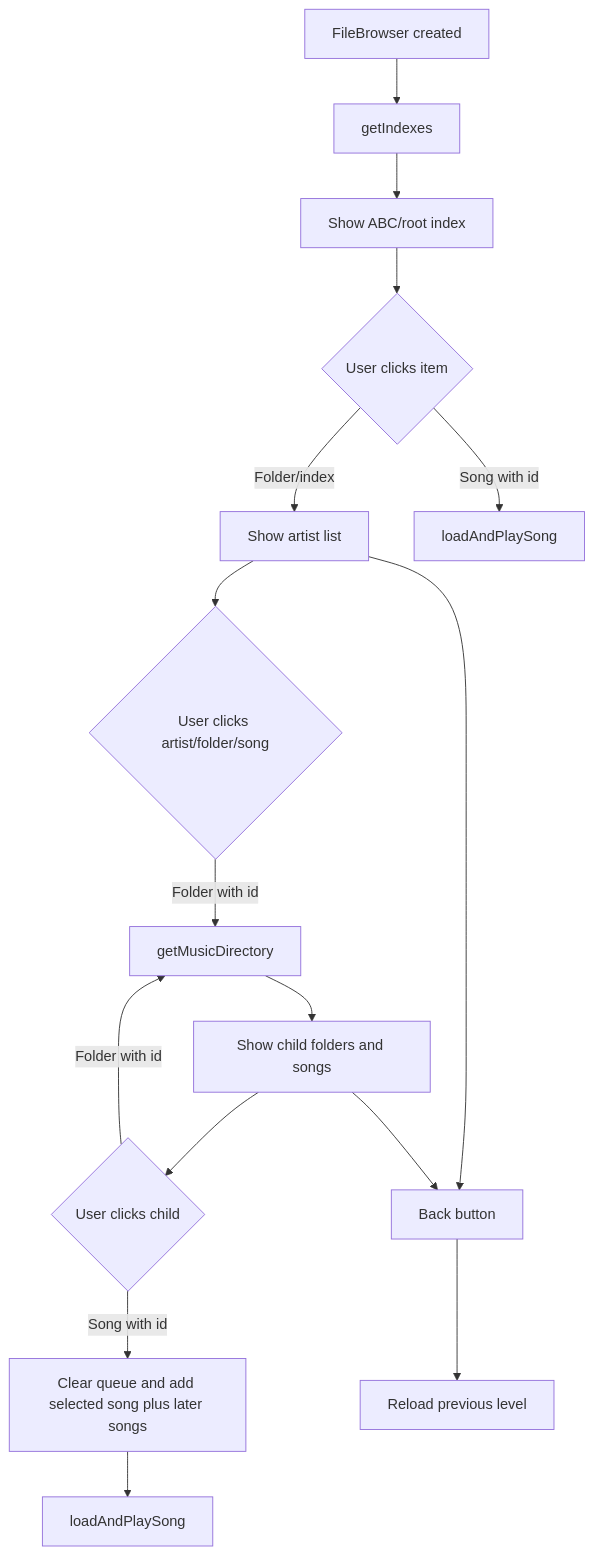
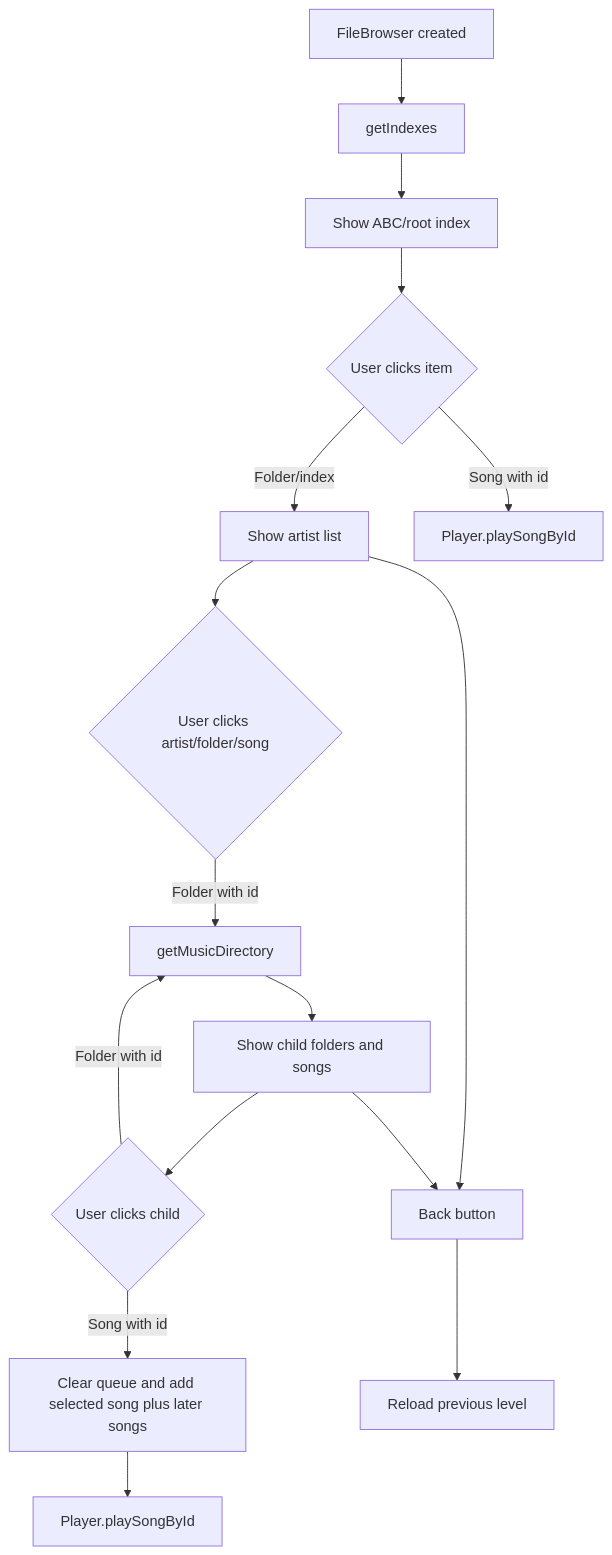
One commit to Leorivasc/neon_deck changed the fourth of 8 diagrams in doc/diagrams.md. Above: the diagram before and after it, drawn with Mermaid. The commit also changed other lines of this file and 2 other files, not shown here.

````diff
--- a/doc/diagrams.md
+++ b/doc/diagrams.md
@@ -82,21 +86,21 @@
 ```mermaid
 flowchart TD
     Start[FileBrowser created] --> LoadIndexes[getIndexes]
     LoadIndexes --> Root[Show ABC/root index]
     Root --> ClickRoot{User clicks item}
 
     ClickRoot -->|Folder/index| Artists[Show artist list]
-    ClickRoot -->|Song with id| RootSong[loadAndPlaySong]
+    ClickRoot -->|Song with id| RootSong[Player.playSongById]
 
     Artists --> ClickArtist{User clicks artist/folder/song}
     ClickArtist -->|Folder with id| Directory[getMusicDirectory]
     Directory --> Items[Show child folders and songs]
     Items --> ClickChild{User clicks child}
     ClickChild -->|Folder with id| Directory
     ClickChild -->|Song with id| BuildQueue[Clear queue and add selected song plus later songs]
-    BuildQueue --> Play[loadAndPlaySong]
+    BuildQueue --> Play[Player.playSongById]
 
     Artists --> Back[Back button]
     Items --> Back
     Back --> Previous[Reload previous level]
 ```
````
